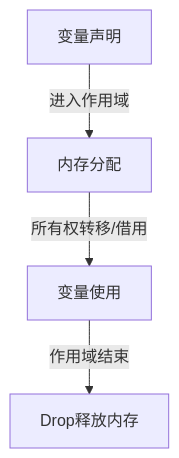
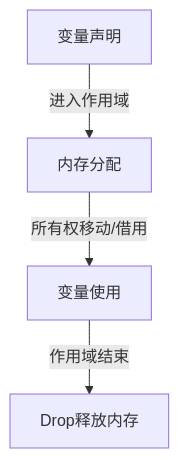
Before and after one commit to martin-ly/rust-lang: the first of 2 diagrams in formal_rust/language/01_ownership_borrowing/04_memory_management.md, drawn with Mermaid. The commit also changed other lines of this file and 5740 other files, not shown here.

````diff
--- a/formal_rust/language/01_ownership_borrowing/04_memory_management.md
+++ b/formal_rust/language/01_ownership_borrowing/04_memory_management.md
@@ -116,6 +116,6 @@
 ```mermaid
 graph TD;
     A[变量声明] --进入作用域--> B[内存分配];
-    B --所有权转移/借用--> C[变量使用];
+    B --所有权移动/借用--> C[变量使用];
     C --作用域结束--> D[Drop释放内存];
 ```
````
